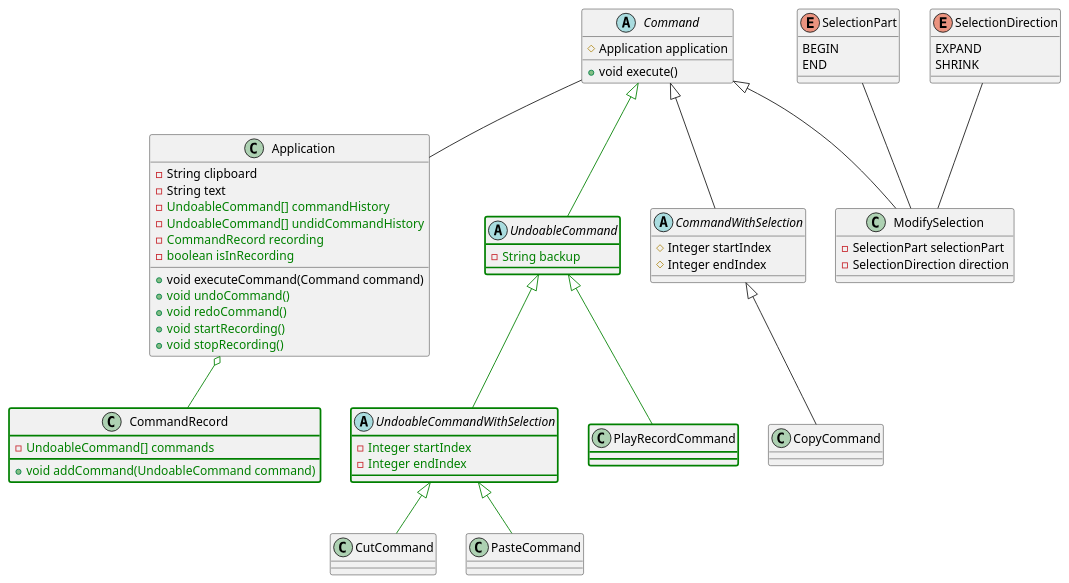
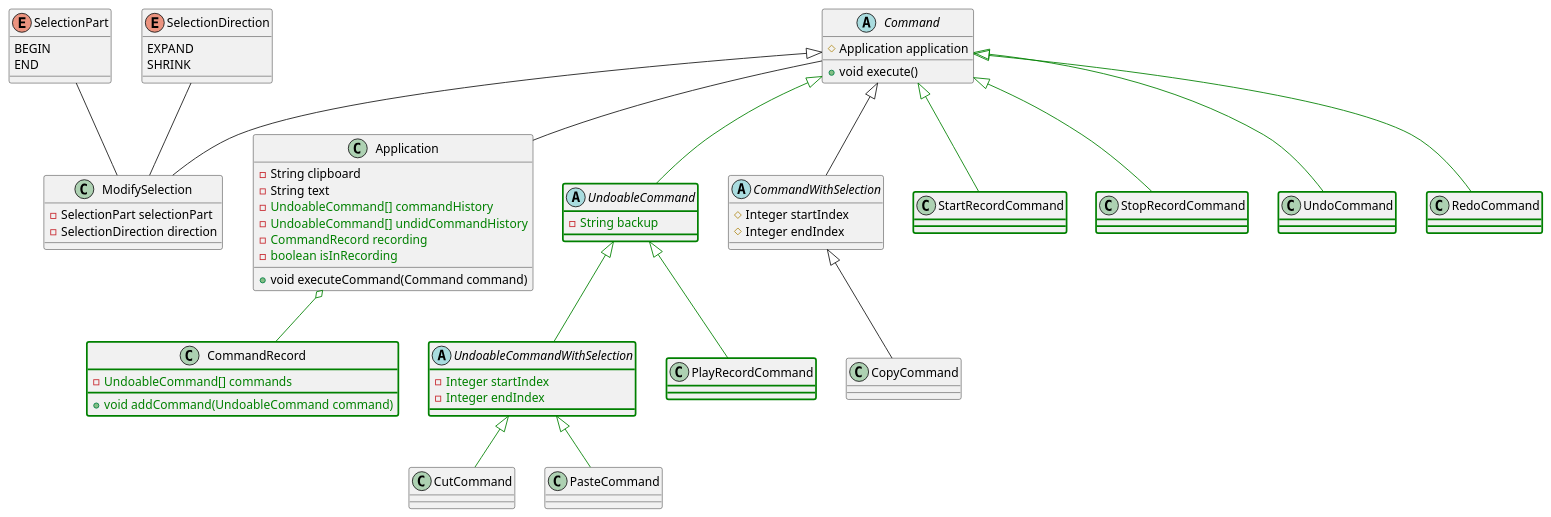
One commit to pixselve-school/OMD-TP2 changed the diagram in conception/ClassDiagramm_v2.puml. Above: the diagram before and after it, drawn with PlantUML. The commit also changed 3 other files, not shown here.

```diff
--- a/conception/ClassDiagramm_v2.puml
+++ b/conception/ClassDiagramm_v2.puml
@@ -1,88 +1,101 @@
 @startuml
 'https://plantuml.com/class-diagram
 
 class Application{
     -String clipboard
     -String text
     -<color:green>UndoableCommand[] commandHistory</color>
     -<color:green>UndoableCommand[] undidCommandHistory</color>
     -<color:green>CommandRecord recording</color>
     -<color:green>boolean isInRecording</color>
     +void executeCommand(Command command)
-    +<color:green>void undoCommand()</color>
-    +<color:green>void redoCommand()</color>
-    +<color:green>void startRecording()</color>
-    +<color:green>void stopRecording()</color>
 }
 
 abstract class Command{
     #Application application
     +void execute()
 }
 
 abstract class UndoableCommand ##[bold]green{
     -<color:green>String backup</color>
 }
 
 abstract class UndoableCommandWithSelection ##[bold]green {
     -<color:green>Integer startIndex</color>
     -<color:green>Integer endIndex</color>
 }
 
 class CommandRecord ##[bold]green {
     -<color:green>UndoableCommand[] commands</color>
     +<color:green>void addCommand(UndoableCommand command)</color>
 }
 
 UndoableCommand <|-[#green]- UndoableCommandWithSelection
 
 Command <|-[#green]- UndoableCommand
 
 Command <|-- CommandWithSelection
 
 abstract class CommandWithSelection{
     #Integer startIndex
     #Integer endIndex
 }
 
 CommandWithSelection <|-- CopyCommand
 UndoableCommandWithSelection <|-[#green]- CutCommand
 UndoableCommandWithSelection <|-[#green]- PasteCommand
 Command <|-- ModifySelection
 
 class CopyCommand{
 }
 
 class PlayRecordCommand ##[bold]green{
 }
 
+class StartRecordCommand ##[bold]green{
+}
+
+class StopRecordCommand ##[bold]green{
+}
+
+class UndoCommand ##[bold]green{
+}
+
+class RedoCommand ##[bold]green{
+}
+
+Command <|-[#green]- UndoCommand
+Command <|-[#green]- RedoCommand
+Command <|-[#green]- StartRecordCommand
+Command <|-[#green]- StopRecordCommand
+
 UndoableCommand <|-[#green]- PlayRecordCommand
 
 class CutCommand{
 }
 
 class PasteCommand{
 }
 
 class ModifySelection{
     -SelectionPart selectionPart
     -SelectionDirection direction
 }
 
 enum SelectionPart {
   BEGIN
   END
 }
 
 enum SelectionDirection {
   EXPAND
   SHRINK
 }
 
 Command -- Application
 Application o-[#green]- CommandRecord
 
 SelectionDirection -- ModifySelection
 SelectionPart -- ModifySelection
 
 @enduml
```
